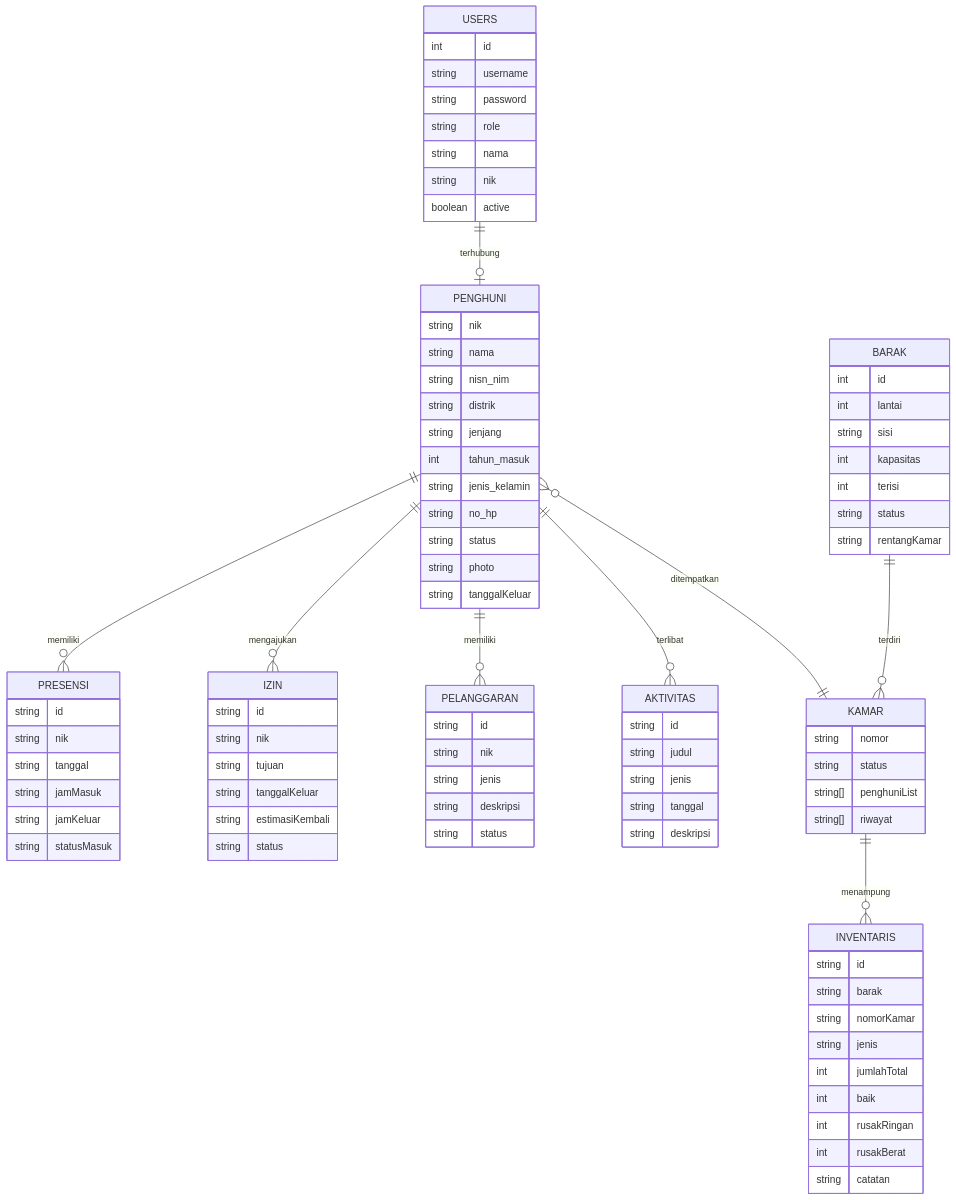
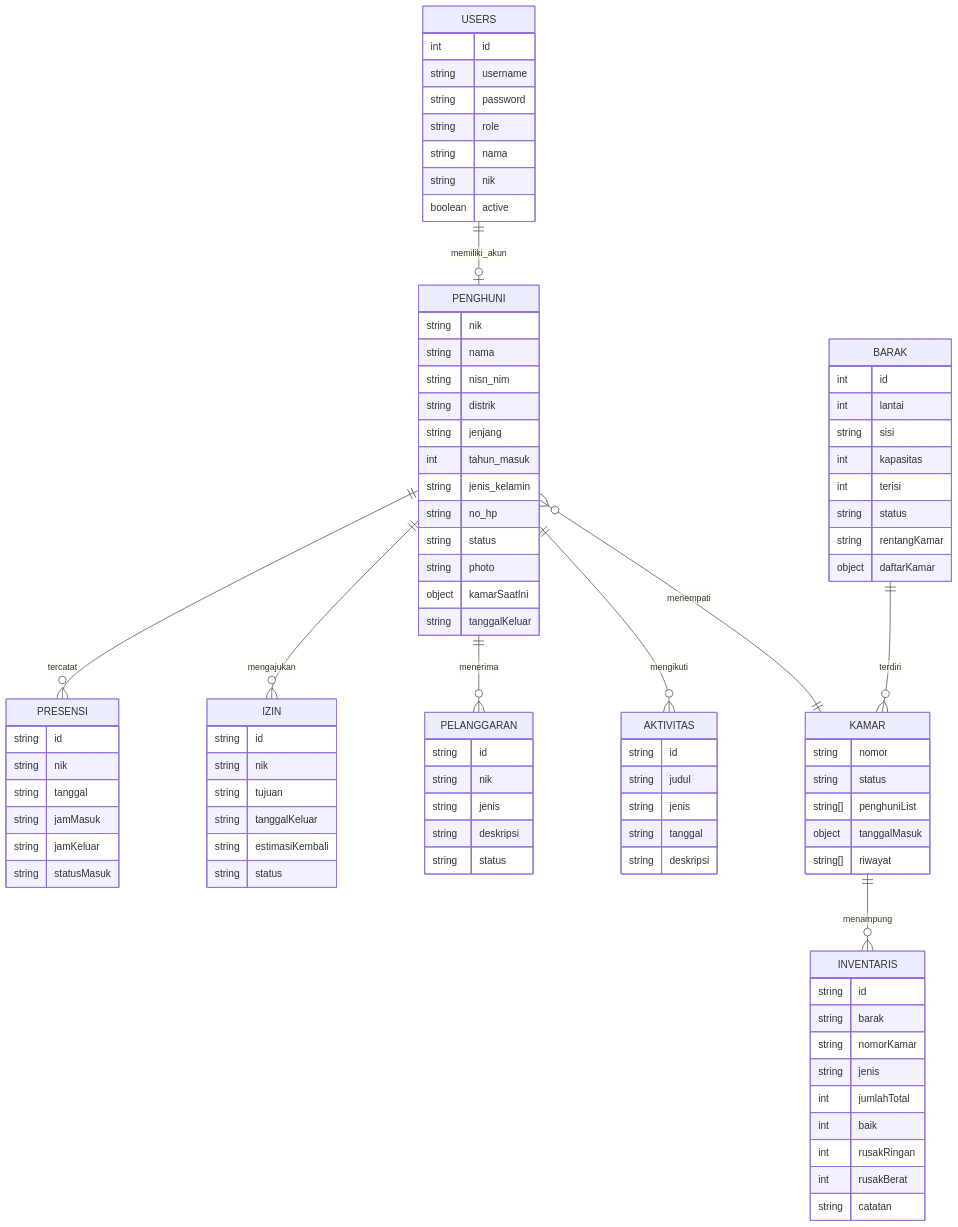
One commit to ipo-rk/ASDEY-Monitoring changed the fourth of 4 diagrams in analisis-perancangan-sistem.md. Above: the diagram before and after it, drawn with Mermaid. The commit also changed 1 other file, not shown here.

Commit message:
Perubahan 2

````diff
--- a/analisis-perancangan-sistem.md
+++ b/analisis-perancangan-sistem.md
@@ -183,6 +183,14 @@
 ```mermaid
 erDiagram
-    USERS ||--o| PENGHUNI : terhubung
+    USERS ||--o| PENGHUNI : memiliki_akun
+    PENGHUNI ||--o{ PRESENSI : tercatat
+    PENGHUNI ||--o{ IZIN : mengajukan
+    PENGHUNI ||--o{ PELANGGARAN : menerima
+    PENGHUNI ||--o{ AKTIVITAS : mengikuti
+    PENGHUNI }o--|| KAMAR : menempati
+    BARAK ||--o{ KAMAR : terdiri
+    KAMAR ||--o{ INVENTARIS : menampung
+
     USERS {
         int id
         string username
@@ -192,15 +200,6 @@
         string nik
         boolean active
     }
-
-    PENGHUNI ||--o{ PRESENSI : memiliki
-    PENGHUNI ||--o{ IZIN : mengajukan
-    PENGHUNI ||--o{ PELANGGARAN : memiliki
-    PENGHUNI ||--o{ AKTIVITAS : terlibat
-    PENGHUNI }o--|| KAMAR : ditempatkan
-
-    BARAK ||--o{ KAMAR : terdiri
-    KAMAR ||--o{ INVENTARIS : menampung
 
     PENGHUNI {
         string nik
@@ -213,6 +212,7 @@
         string no_hp
         string status
         string photo
+        object kamarSaatIni
         string tanggalKeluar
     }
 
@@ -224,12 +224,14 @@
         int terisi
         string status
         string rentangKamar
+        object daftarKamar
     }
 
     KAMAR {
         string nomor
         string status
         string[] penghuniList
+        object tanggalMasuk
         string[] riwayat
     }
 
````
